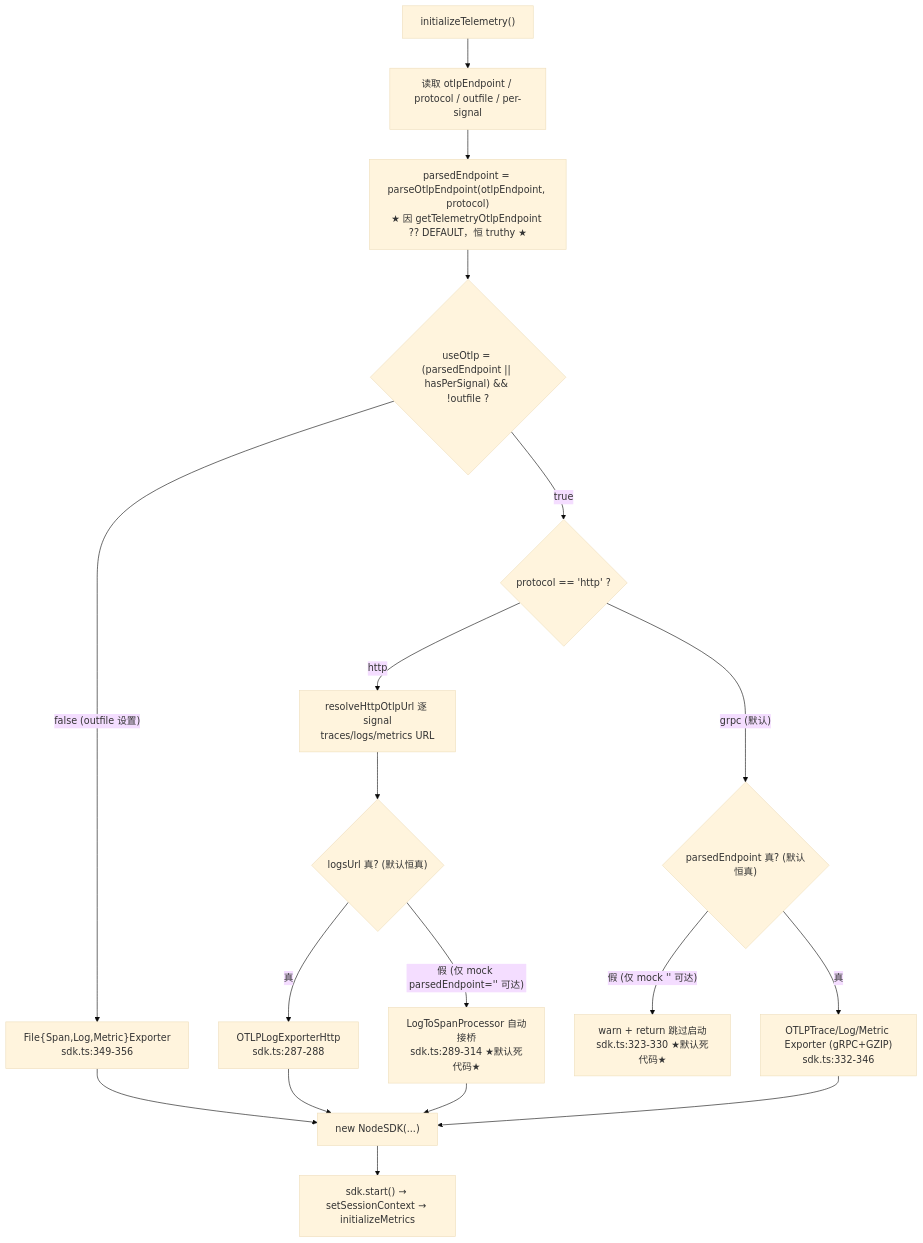
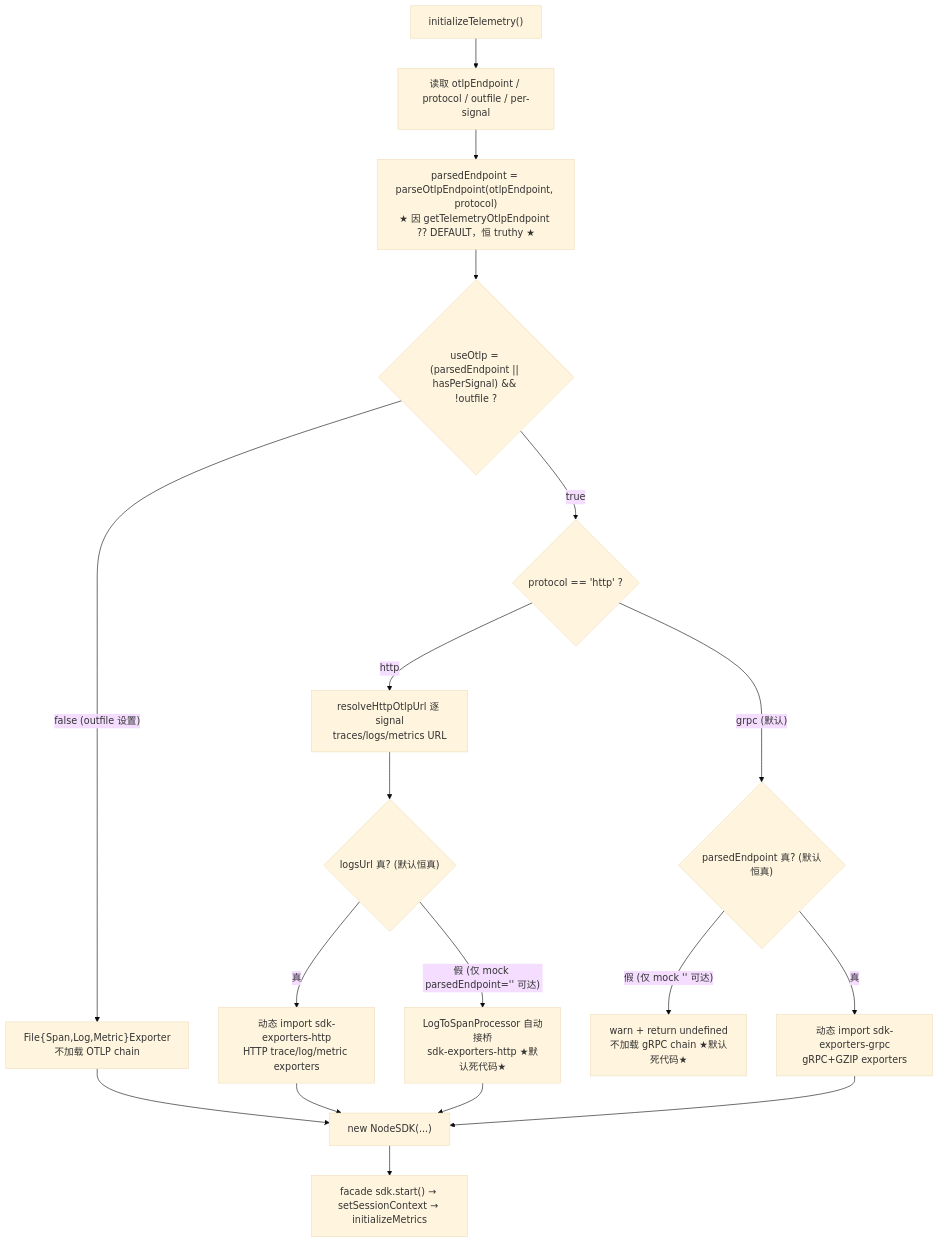
The first of 3 diagrams in qwen-code/feature/telemetry-observability/01-sdk-init-and-otlp-routing.md (doudouOUC/code_agent), drawn with Mermaid (base theme) before and after one commit. The commit also changed other lines of this file and 20 other files, not shown here.

````diff
--- a/qwen-code/feature/telemetry-observability/01-sdk-init-and-otlp-routing.md
+++ b/qwen-code/feature/telemetry-observability/01-sdk-init-and-otlp-routing.md
@@ -272,20 +290,20 @@
 ```mermaid
 flowchart TD
   START["initializeTelemetry()"] --> READ["读取 otlpEndpoint / protocol / outfile / per-signal"]
   READ --> PARSE["parsedEndpoint = parseOtlpEndpoint(otlpEndpoint, protocol)<br/>★ 因 getTelemetryOtlpEndpoint ?? DEFAULT，恒 truthy ★"]
   PARSE --> USE{"useOtlp = (parsedEndpoint || hasPerSignal) && !outfile ?"}
-  USE -- "false (outfile 设置)" --> FILE["File{Span,Log,Metric}Exporter<br/>sdk.ts:349-356"]
+  USE -- "false (outfile 设置)" --> FILE["File{Span,Log,Metric}Exporter<br/>不加载 OTLP chain"]
   USE -- "true" --> PROTO{"protocol == 'http' ?"}
   PROTO -- "http" --> H1["resolveHttpOtlpUrl 逐 signal<br/>traces/logs/metrics URL"]
   H1 --> H2{"logsUrl 真? (默认恒真)"}
-  H2 -- "真" --> HLOG["OTLPLogExporterHttp<br/>sdk.ts:287-288"]
-  H2 -- "假 (仅 mock parsedEndpoint='' 可达)" --> BRIDGE["LogToSpanProcessor 自动接桥<br/>sdk.ts:289-314 ★默认死代码★"]
+  H2 -- "真" --> HEXP["动态 import sdk-exporters-http<br/>HTTP trace/log/metric exporters"]
+  H2 -- "假 (仅 mock parsedEndpoint='' 可达)" --> BRIDGE["LogToSpanProcessor 自动接桥<br/>sdk-exporters-http ★默认死代码★"]
   PROTO -- "grpc (默认)" --> G1{"parsedEndpoint 真? (默认恒真)"}
-  G1 -- "假 (仅 mock '' 可达)" --> SKIP["warn + return 跳过启动<br/>sdk.ts:323-330 ★默认死代码★"]
-  G1 -- "真" --> GEXP["OTLPTrace/Log/Metric Exporter (gRPC+GZIP)<br/>sdk.ts:332-346"]
+  G1 -- "假 (仅 mock '' 可达)" --> SKIP["warn + return undefined<br/>不加载 gRPC chain ★默认死代码★"]
+  G1 -- "真" --> GEXP["动态 import sdk-exporters-grpc<br/>gRPC+GZIP exporters"]
   FILE --> NODESDK["new NodeSDK(...)"]
-  HLOG --> NODESDK
+  HEXP --> NODESDK
   BRIDGE --> NODESDK
   GEXP --> NODESDK
-  NODESDK --> STARTSDK["sdk.start() → setSessionContext → initializeMetrics"]
+  NODESDK --> STARTSDK["facade sdk.start() → setSessionContext → initializeMetrics"]
 ```
````
